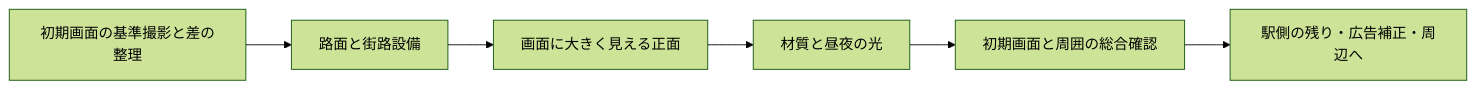
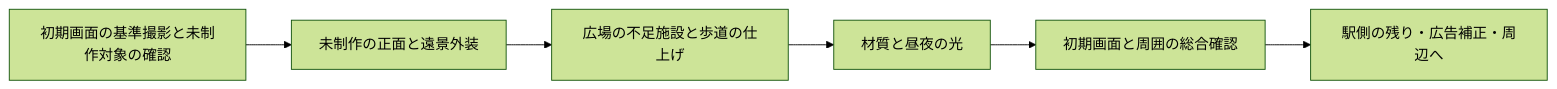
The diagram in docs/core/ENTRY_VIEW_QUALITY_PLAN.md (kesusugar/shibuya-scene-2), drawn with Mermaid (forest theme) before and after one commit. The commit also changed other lines of this file and 4 other files, not shown here.

````diff
--- a/docs/core/ENTRY_VIEW_QUALITY_PLAN.md
+++ b/docs/core/ENTRY_VIEW_QUALITY_PLAN.md
@@ -33,8 +35,8 @@
 ```mermaid
 flowchart LR
-  P0[初期画面の基準撮影と差の整理] --> P1[路面と街路設備]
-  P1 --> P2[画面に大きく見える正面]
+  P0[初期画面の基準撮影と未制作対象の確認] --> P1[未制作の正面と遠景外装]
+  P1 --> P2[広場の不足施設と歩道の仕上げ]
   P2 --> P3[材質と昼夜の光]
   P3 --> P4[初期画面と周囲の総合確認]
   P4 --> N[駅側の残り・広告補正・周辺へ]
 ```
````
